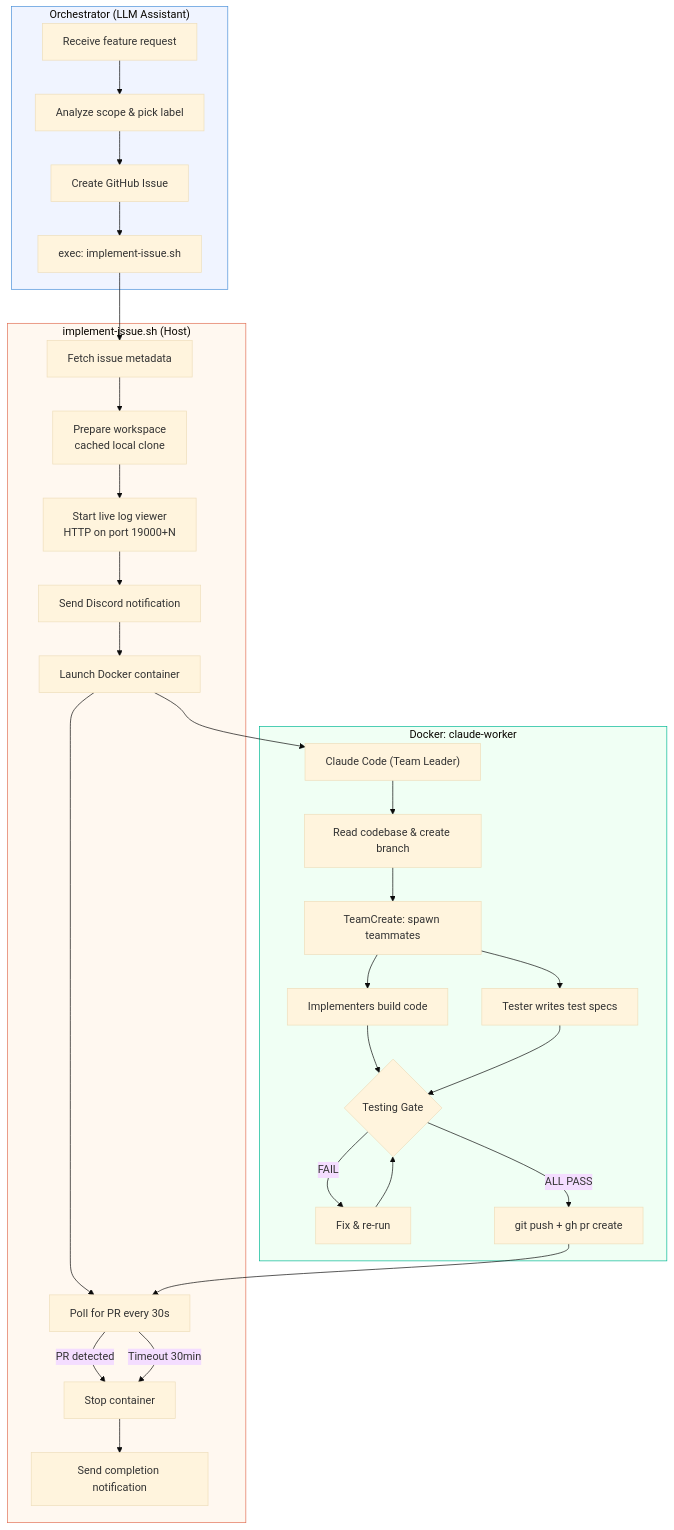
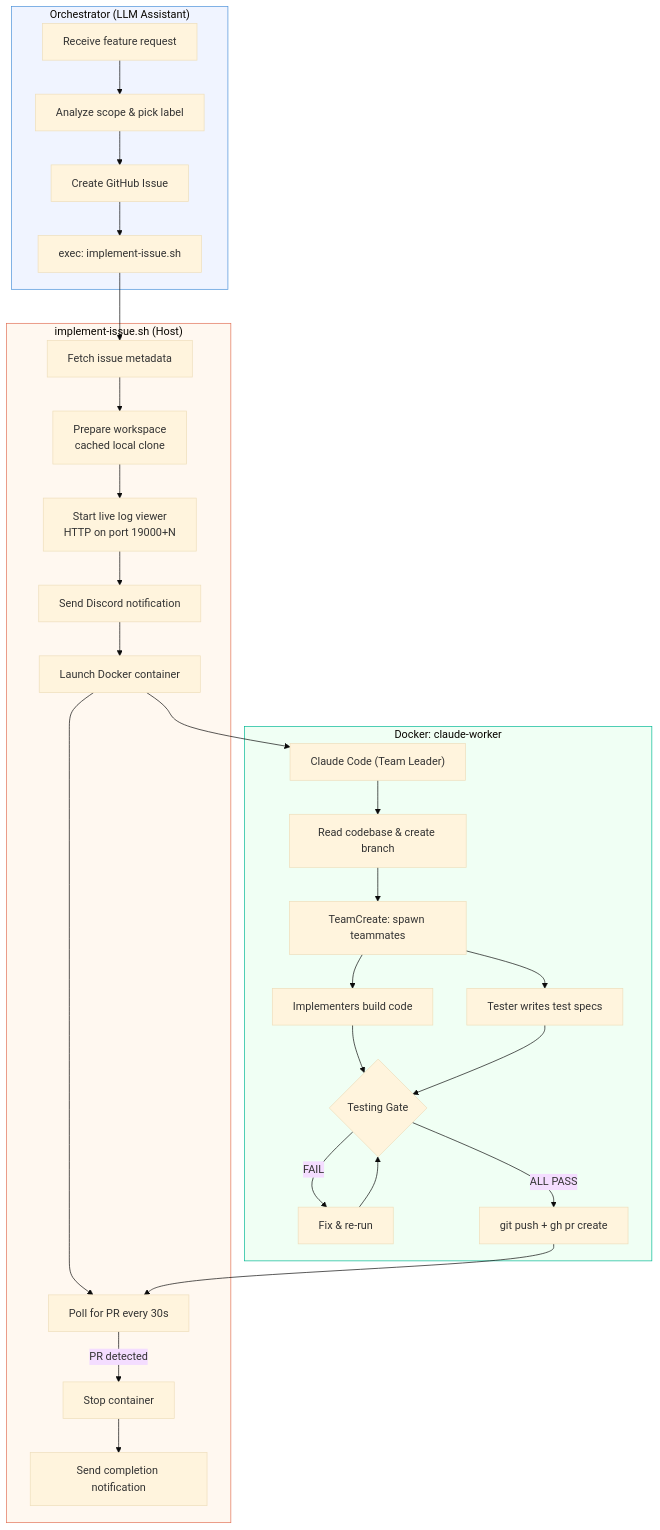
The second of 4 diagrams in README.md (0dot01/code-build-pipeline), drawn with Mermaid (base theme) before and after one commit. The commit also changed other lines of this file and 2 other files, not shown here.

First line of the commit message:
remove 30min timeout from pipeline

````diff
--- a/README.md
+++ b/README.md
@@ -21,39 +21,38 @@
 ```mermaid
 flowchart TB
     subgraph Orchestrator["Orchestrator (LLM Assistant)"]
         A1[Receive feature request] --> A2[Analyze scope & pick label]
         A2 --> A3["Create GitHub Issue"]
         A3 --> A4["exec: implement-issue.sh"]
     end
 
     subgraph Host["implement-issue.sh (Host)"]
         B1[Fetch issue metadata] --> B2[Prepare workspace<br/>cached local clone]
         B2 --> B3[Start live log viewer<br/>HTTP on port 19000+N]
         B3 --> B4["Send Discord notification"]
         B4 --> B5["Launch Docker container"]
         B5 --> B6["Poll for PR every 30s"]
         B6 -->|PR detected| B7[Stop container]
-        B6 -->|Timeout 30min| B7
         B7 --> B8["Send completion notification"]
     end
 
     subgraph Docker["Docker: claude-worker"]
         C1["Claude Code (Team Leader)"] --> C2[Read codebase & create branch]
         C2 --> C3[TeamCreate: spawn teammates]
         C3 --> C4[Implementers build code]
         C3 --> C5[Tester writes test specs]
         C4 --> C6{Testing Gate}
         C5 --> C6
         C6 -->|FAIL| C7[Fix & re-run]
         C7 --> C6
         C6 -->|ALL PASS| C8["git push + gh pr create"]
     end
 
     A4 --> B1
     B5 --> C1
     C8 --> B6
 
     style Orchestrator fill:#f0f4ff,stroke:#4a90d9
     style Host fill:#fff8f0,stroke:#e17055
     style Docker fill:#f0fff4,stroke:#00b894
 ```
````
